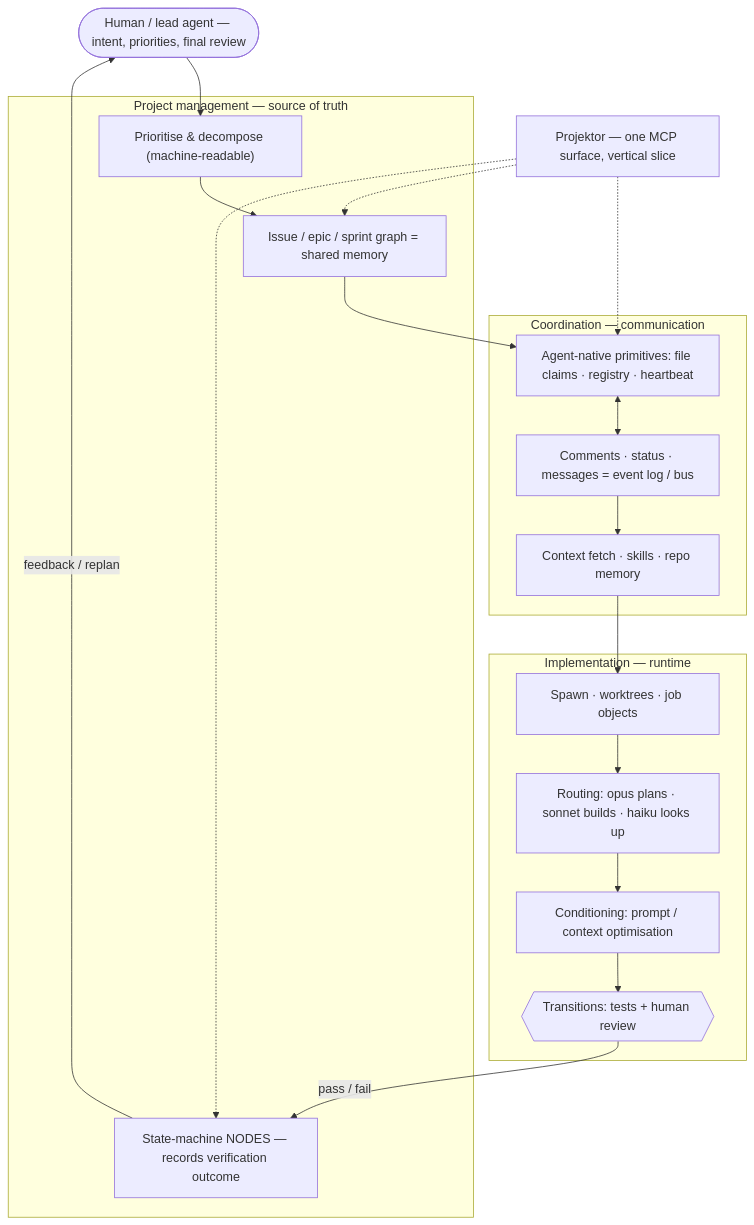
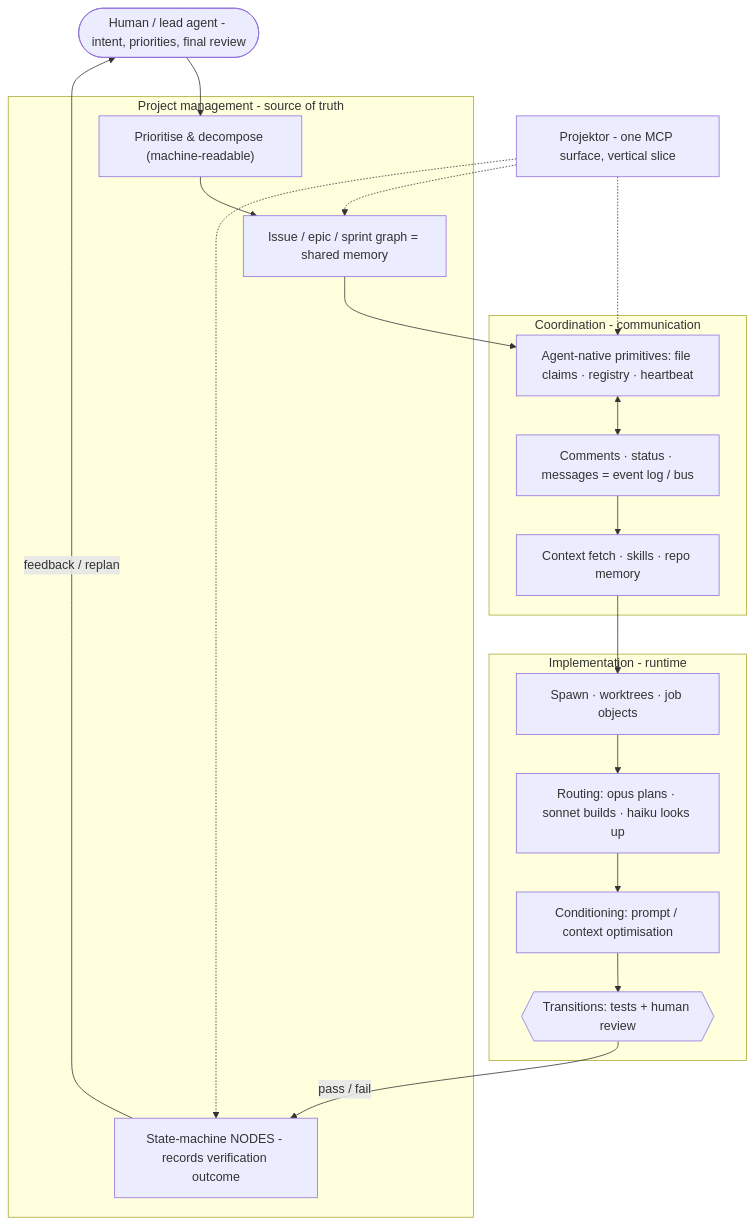
Before and after one commit to TAJD/projektor: the diagram in apps/docs/src/content/docs/philosophy/where-projektor-fits.md, drawn with Mermaid. The commit also changed other lines of this file and 19 other files, not shown here.

````diff
--- a/apps/docs/src/content/docs/philosophy/where-projektor-fits.md
+++ b/apps/docs/src/content/docs/philosophy/where-projektor-fits.md
@@ -38,35 +38,35 @@
 ```mermaid
 flowchart TB
-    human(["Human / lead agent — intent, priorities, final review"])
+    human(["Human / lead agent - intent, priorities, final review"])
 
-    subgraph L3["Project management — source of truth"]
+    subgraph L3["Project management - source of truth"]
         graph3["Issue / epic / sprint graph = shared memory"]
         prio["Prioritise & decompose (machine-readable)"]
-        state["State-machine NODES — records verification outcome"]
+        state["State-machine NODES - records verification outcome"]
     end
 
-    subgraph L2["Coordination — communication"]
+    subgraph L2["Coordination - communication"]
         prim["Agent-native primitives: file claims · registry · heartbeat"]
         evt["Comments · status · messages = event log / bus"]
         ctx["Context fetch · skills · repo memory"]
     end
 
-    subgraph L1["Implementation — runtime"]
+    subgraph L1["Implementation - runtime"]
         spawn["Spawn · worktrees · job objects"]
         route["Routing: opus plans · sonnet builds · haiku looks up"]
         cond["Conditioning: prompt / context optimisation"]
         verify{{"Transitions: tests + human review"}}
     end
 
-    projektor["Projektor — one MCP surface, vertical slice"]
+    projektor["Projektor - one MCP surface, vertical slice"]
     projektor -.-> graph3
     projektor -.-> prim
     projektor -.-> state
 
     human --> prio --> graph3 --> prim
     prim <--> evt
     evt --> ctx --> spawn
     spawn --> route --> cond --> verify
     verify -->|pass / fail| state
     state -->|feedback / replan| human
 ```
````
